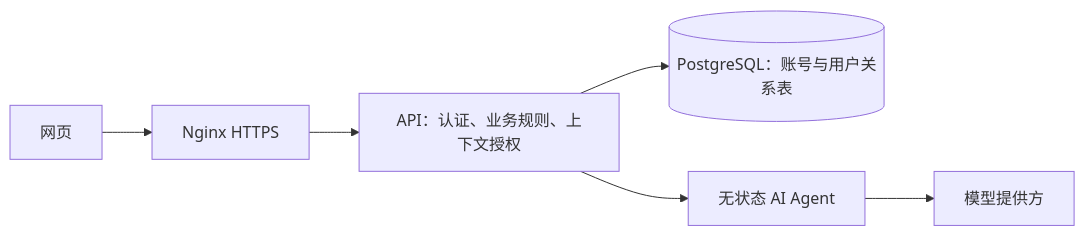
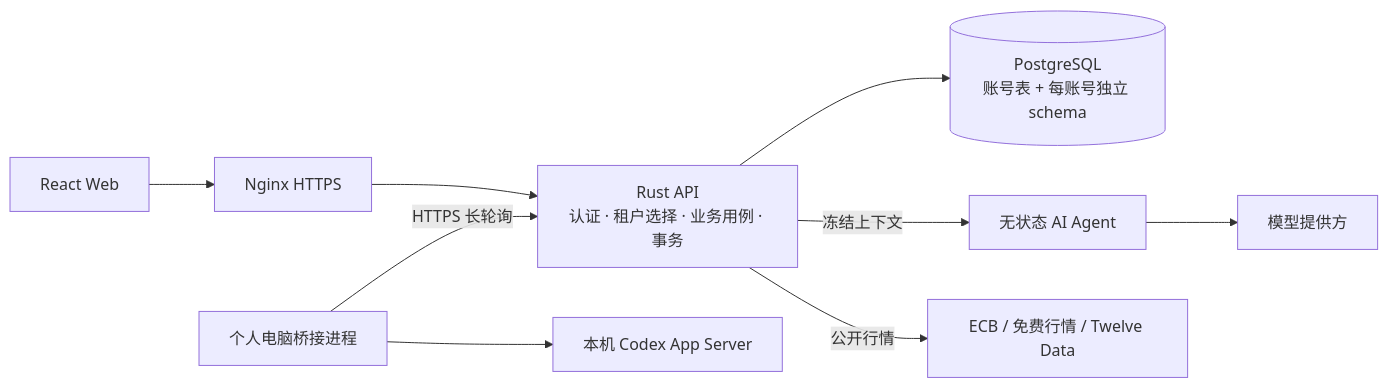
Before and after one commit to lokinko/mario: the first of 3 diagrams in docs/architecture.md, drawn with Mermaid. The commit also changed other lines of this file and 1 other file, not shown here.

Commit message:
docs: consolidate global architecture overview and reference it from AGENTS.md

````diff
--- a/docs/architecture.md
+++ b/docs/architecture.md
@@ -5,8 +11,11 @@
 ```mermaid
 flowchart LR
-    W[网页] --> G[Nginx HTTPS]
-    G --> A[API：认证、业务规则、上下文授权]
-    A --> P[(PostgreSQL：账号与用户关系表)]
-    A --> R[无状态 AI Agent]
+    W[React Web] --> G[Nginx HTTPS]
+    G --> A[Rust API<br/>认证 · 租户选择 · 业务用例 · 事务]
+    A --> P[(PostgreSQL<br/>账号表 + 每账号独立 schema)]
+    A -->|冻结上下文| R[无状态 AI Agent]
     R --> M[模型提供方]
+    A -->|公开行情| Q[ECB / 免费行情 / Twelve Data]
+    B[个人电脑桥接进程] -->|HTTPS 长轮询| A
+    B --> C[本机 Codex App Server]
 ```
````
